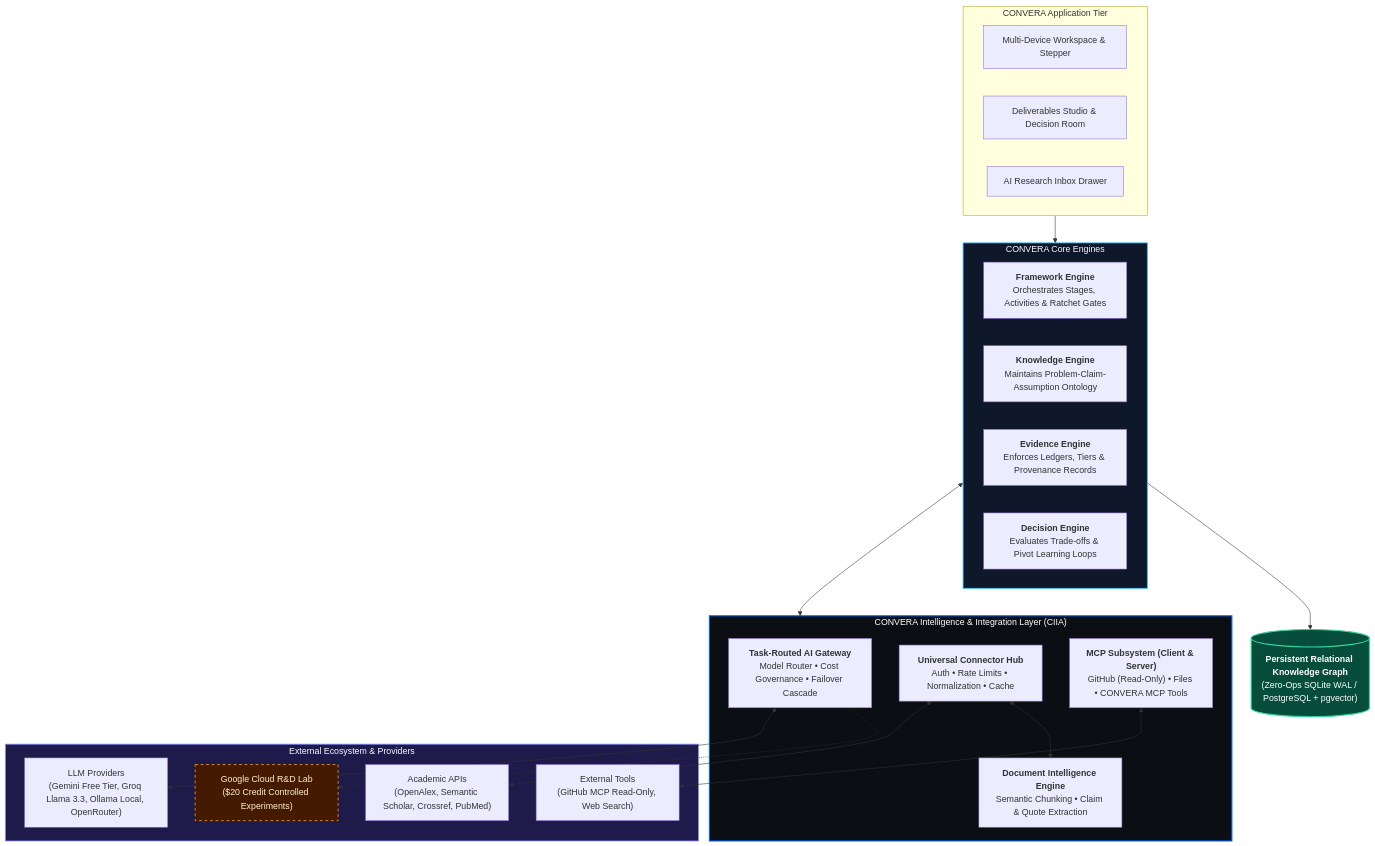
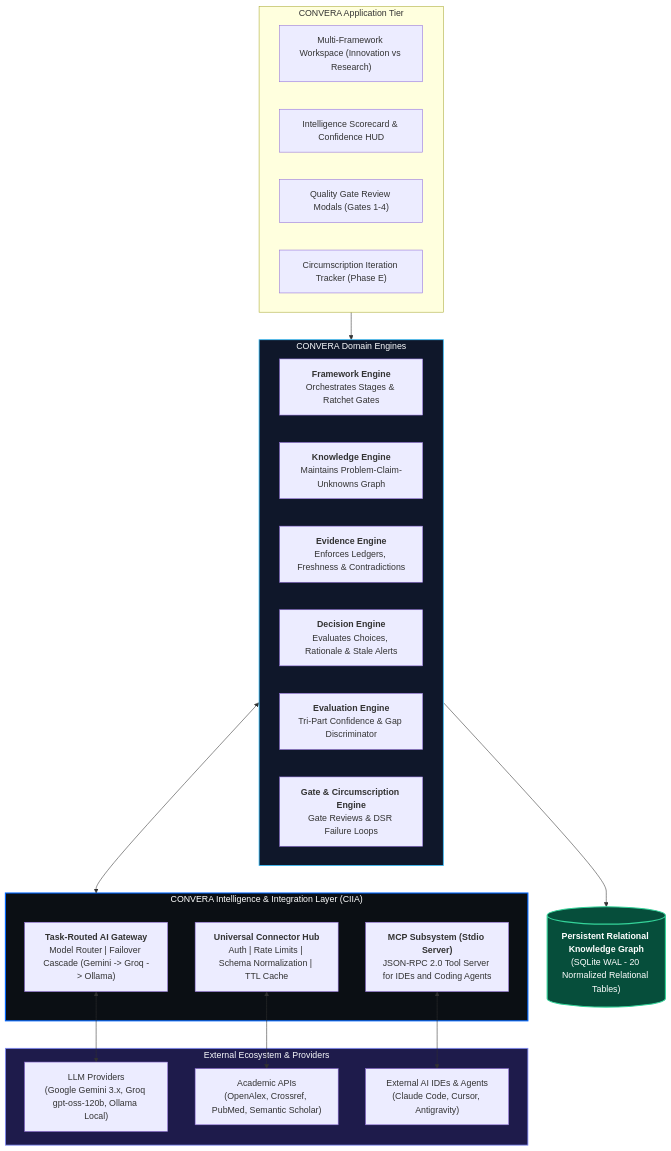
One commit to markalvincadangin/CONVERA changed the first of 2 diagrams in docs/CONVERA_INTELLIGENCE_INTEGRATION_ARCHITECTURE.md. Above: the diagram before and after it, drawn with Mermaid. The commit also changed other lines of this file and 1 other file, not shown here.

First line of the commit message:
docs(architecture): synchronize Master Architecture and CIIA with implemented reality

````diff
--- a/docs/CONVERA_INTELLIGENCE_INTEGRATION_ARCHITECTURE.md
+++ b/docs/CONVERA_INTELLIGENCE_INTEGRATION_ARCHITECTURE.md
@@ -39,46 +40,44 @@
 ```mermaid
 graph TD
     subgraph ClientTier["CONVERA Application Tier"]
-        UI["Multi-Device Workspace & Stepper"]
-        ST["Deliverables Studio & Decision Room"]
-        INBOX_UI["AI Research Inbox Drawer"]
+        UI["Multi-Framework Workspace (Innovation vs Research)"]
+        SCORECARD["Intelligence Scorecard & Confidence HUD"]
+        GATES_UI["Quality Gate Review Modals (Gates 1-4)"]
+        CIRC_UI["Circumscription Iteration Tracker (Phase E)"]
     end
 
-    subgraph CoreTier["CONVERA Core Engines"]
-        FE["<b>Framework Engine</b><br/>Orchestrates Stages, Activities & Ratchet Gates"]
-        KE["<b>Knowledge Engine</b><br/>Maintains Problem-Claim-Assumption Ontology"]
-        EE["<b>Evidence Engine</b><br/>Enforces Ledgers, Tiers & Provenance Records"]
-        DE["<b>Decision Engine</b><br/>Evaluates Trade-offs & Pivot Learning Loops"]
+    subgraph CoreTier["CONVERA Domain Engines"]
+        FE["<b>Framework Engine</b><br/>Orchestrates Stages & Ratchet Gates"]
+        KE["<b>Knowledge Engine</b><br/>Maintains Problem-Claim-Unknowns Graph"]
+        EE["<b>Evidence Engine</b><br/>Enforces Ledgers, Freshness & Contradictions"]
+        DE["<b>Decision Engine</b><br/>Evaluates Choices, Rationale & Stale Alerts"]
+        EVAL["<b>Evaluation Engine</b><br/>Tri-Part Confidence & Gap Discriminator"]
+        GOV["<b>Gate & Circumscription Engine</b><br/>Gate Reviews & DSR Failure Loops"]
     end
 
     subgraph CIIALayer["CONVERA Intelligence & Integration Layer (CIIA)"]
-        GW["<b>Task-Routed AI Gateway</b><br/>Model Router • Cost Governance • Failover Cascade"]
-        HUB["<b>Universal Connector Hub</b><br/>Auth • Rate Limits • Normalization • Cache"]
-        DOC["<b>Document Intelligence Engine</b><br/>Semantic Chunking • Claim & Quote Extraction"]
-        MCP_SUB["<b>MCP Subsystem (Client & Server)</b><br/>GitHub (Read-Only) • Files • CONVERA MCP Tools"]
+        GW["<b>Task-Routed AI Gateway</b><br/>Model Router | Failover Cascade (Gemini -> Groq -> Ollama)"]
+        HUB["<b>Universal Connector Hub</b><br/>Auth | Rate Limits | Schema Normalization | TTL Cache"]
+        MCP_SUB["<b>MCP Subsystem (Stdio Server)</b><br/>JSON-RPC 2.0 Tool Server for IDEs and Coding Agents"]
     end
 
     subgraph ExternalEcosystem["External Ecosystem & Providers"]
-        LLMS["LLM Providers<br/>(Gemini Free Tier, Groq Llama 3.3, Ollama Local, OpenRouter)"]
-        RES["Academic APIs<br/>(OpenAlex, Semantic Scholar, Crossref, PubMed)"]
-        TOOLS["External Tools<br/>(GitHub MCP Read-Only, Web Search)"]
-        CLOUD_EXP["Google Cloud R&D Lab<br/>($20 Credit Controlled Experiments)"]
+        LLMS["LLM Providers<br/>(Google Gemini 3.x, Groq gpt-oss-120b, Ollama Local)"]
+        RES["Academic APIs<br/>(OpenAlex, Crossref, PubMed, Semantic Scholar)"]
+        IDEs["External AI IDEs & Agents<br/>(Claude Code, Cursor, Antigravity)"]
     end
 
     ClientTier --> CoreTier
     CoreTier <--> CIIALayer
     
     GW <--> LLMS
     HUB <--> RES
-    HUB <--> DOC
-    MCP_SUB <--> TOOLS
-    GW -.-> CLOUD_EXP
+    MCP_SUB <--> IDEs
     
-    CoreTier --> KG[("<b>Persistent Relational Knowledge Graph</b><br/>(Zero-Ops SQLite WAL / PostgreSQL + pgvector)")]
+    CoreTier --> KG[("<b>Persistent Relational Knowledge Graph</b><br/>(SQLite WAL - 20 Normalized Relational Tables)")]
 
     style CIIALayer fill:#0b0f14,stroke:#0066ff,stroke-width:2px,color:#ffffff
     style CoreTier fill:#0f172a,stroke:#38bdf8,stroke-width:1.5px,color:#f8fafc
     style ExternalEcosystem fill:#1e1b4b,stroke:#818cf8,stroke-width:1.5px,color:#f8fafc
     style KG fill:#064e3b,stroke:#34d399,stroke-width:2px,color:#ffffff
-    style CLOUD_EXP fill:#451a03,stroke:#f59e0b,stroke-width:1.5px,stroke-dasharray: 5 5,color:#fef3c7
 ```
````
